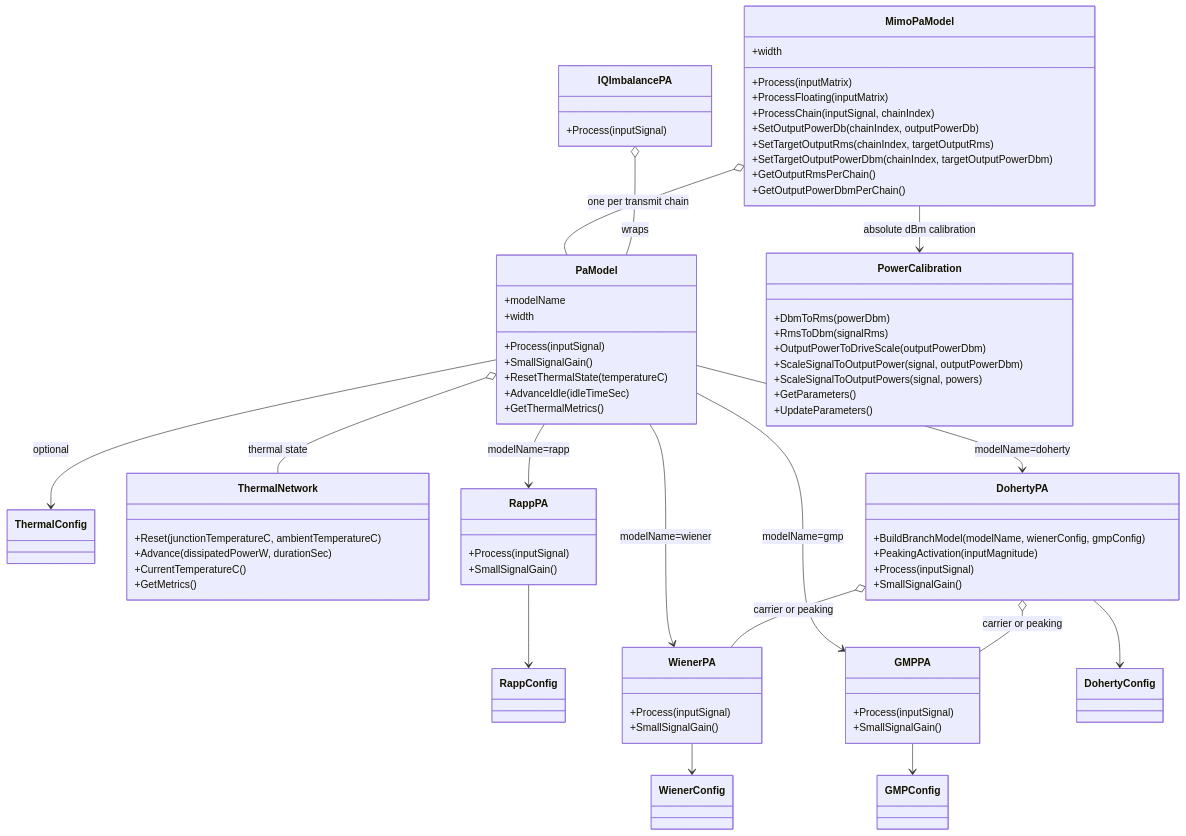
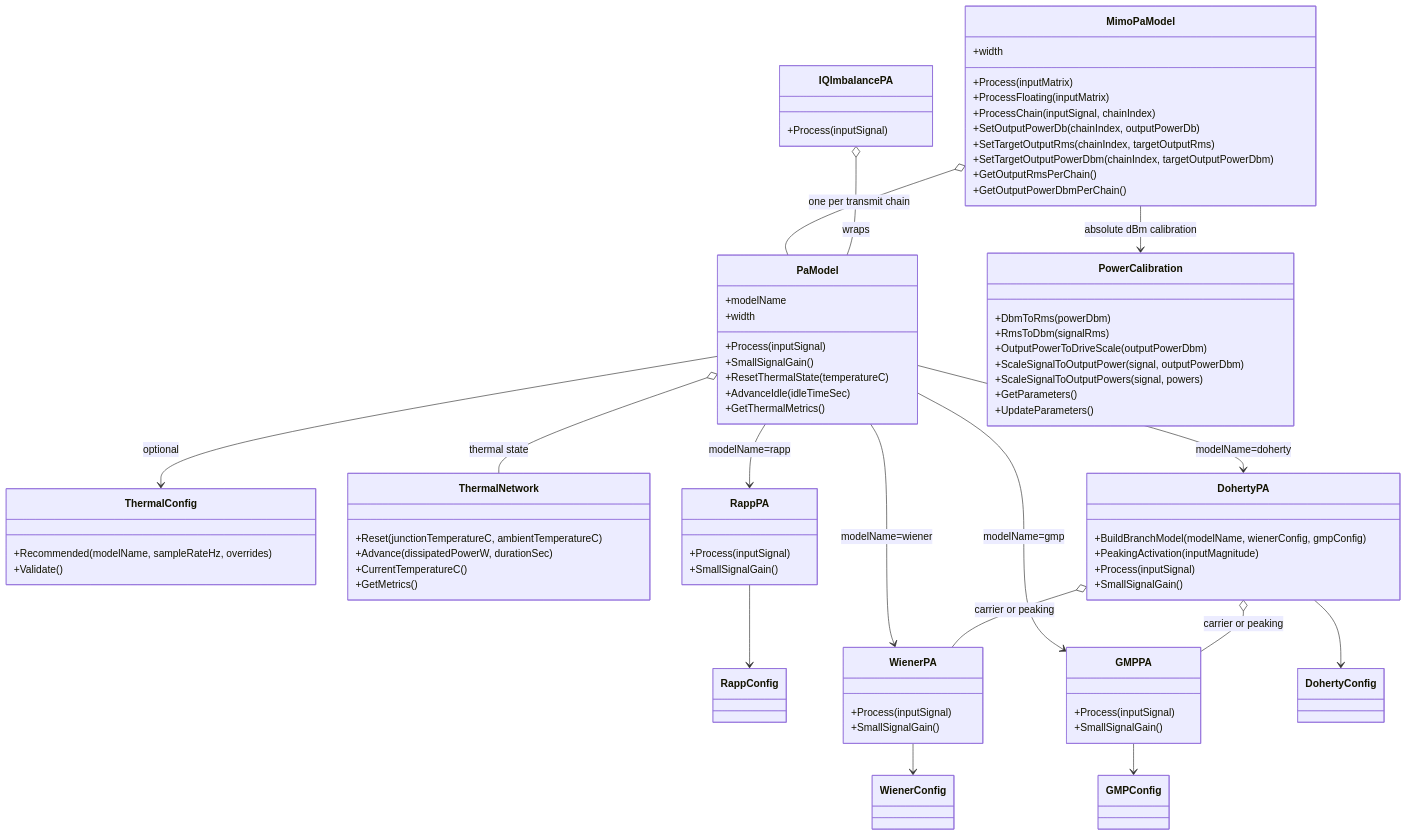
Before and after one commit to niyilu45/DPD_ILC: the seventh of 9 diagrams in doc/PaModel.md, drawn with Mermaid. The commit also changed other lines of this file and 10 other files, not shown here.

````diff
--- a/doc/PaModel.md
+++ b/doc/PaModel.md
@@ -1427,79 +1427,82 @@
 ```mermaid
 classDiagram
     class PaModel {
         +modelName
         +width
         +Process(inputSignal)
         +SmallSignalGain()
         +ResetThermalState(temperatureC)
         +AdvanceIdle(idleTimeSec)
         +GetThermalMetrics()
     }
-    class ThermalConfig
+    class ThermalConfig {
+        +Recommended(modelName, sampleRateHz, overrides)
+        +Validate()
+    }
     class ThermalNetwork {
         +Reset(junctionTemperatureC, ambientTemperatureC)
         +Advance(dissipatedPowerW, durationSec)
         +CurrentTemperatureC()
         +GetMetrics()
     }
     class PowerCalibration {
         +DbmToRms(powerDbm)
         +RmsToDbm(signalRms)
         +OutputPowerToDriveScale(outputPowerDbm)
         +ScaleSignalToOutputPower(signal, outputPowerDbm)
         +ScaleSignalToOutputPowers(signal, powers)
         +GetParameters()
         +UpdateParameters()
     }
     class RappConfig
     class RappPA {
         +Process(inputSignal)
         +SmallSignalGain()
     }
     class WienerConfig
     class WienerPA {
         +Process(inputSignal)
         +SmallSignalGain()
     }
     class GMPConfig
     class GMPPA {
         +Process(inputSignal)
         +SmallSignalGain()
     }
     class DohertyConfig
     class DohertyPA {
         +BuildBranchModel(modelName, wienerConfig, gmpConfig)
         +PeakingActivation(inputMagnitude)
         +Process(inputSignal)
         +SmallSignalGain()
     }
     class IQImbalancePA {
         +Process(inputSignal)
     }
     class MimoPaModel {
         +width
         +Process(inputMatrix)
         +ProcessFloating(inputMatrix)
         +ProcessChain(inputSignal, chainIndex)
         +SetOutputPowerDb(chainIndex, outputPowerDb)
         +SetTargetOutputRms(chainIndex, targetOutputRms)
         +SetTargetOutputPowerDbm(chainIndex, targetOutputPowerDbm)
         +GetOutputRmsPerChain()
         +GetOutputPowerDbmPerChain()
     }
     MimoPaModel o-- PaModel : one per transmit chain
     PaModel --> ThermalConfig : optional
     PaModel o-- ThermalNetwork : thermal state
     MimoPaModel --> PowerCalibration : absolute dBm calibration
     PaModel --> RappPA : modelName=rapp
     PaModel --> WienerPA : modelName=wiener
     PaModel --> GMPPA : modelName=gmp
     PaModel --> DohertyPA : modelName=doherty
     RappPA --> RappConfig
     WienerPA --> WienerConfig
     GMPPA --> GMPConfig
     DohertyPA --> DohertyConfig
     DohertyPA o-- WienerPA : carrier or peaking
     DohertyPA o-- GMPPA : carrier or peaking
     IQImbalancePA o-- PaModel : wraps
 ```
````
